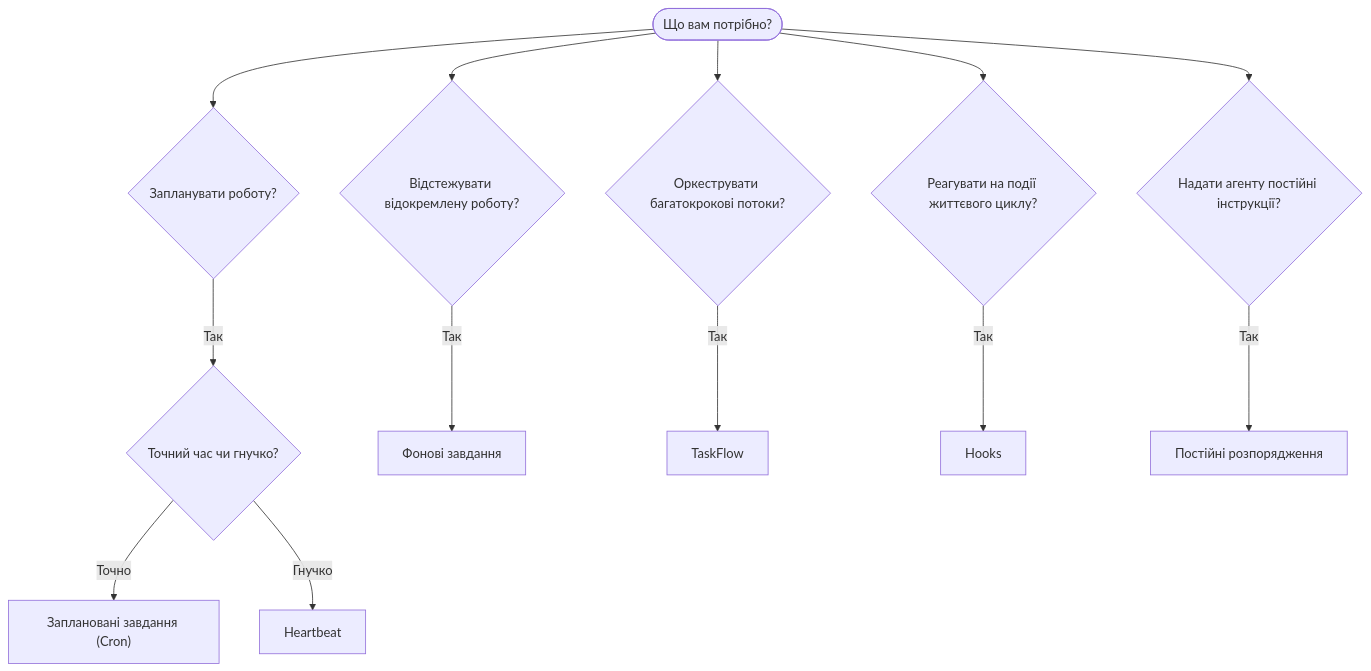
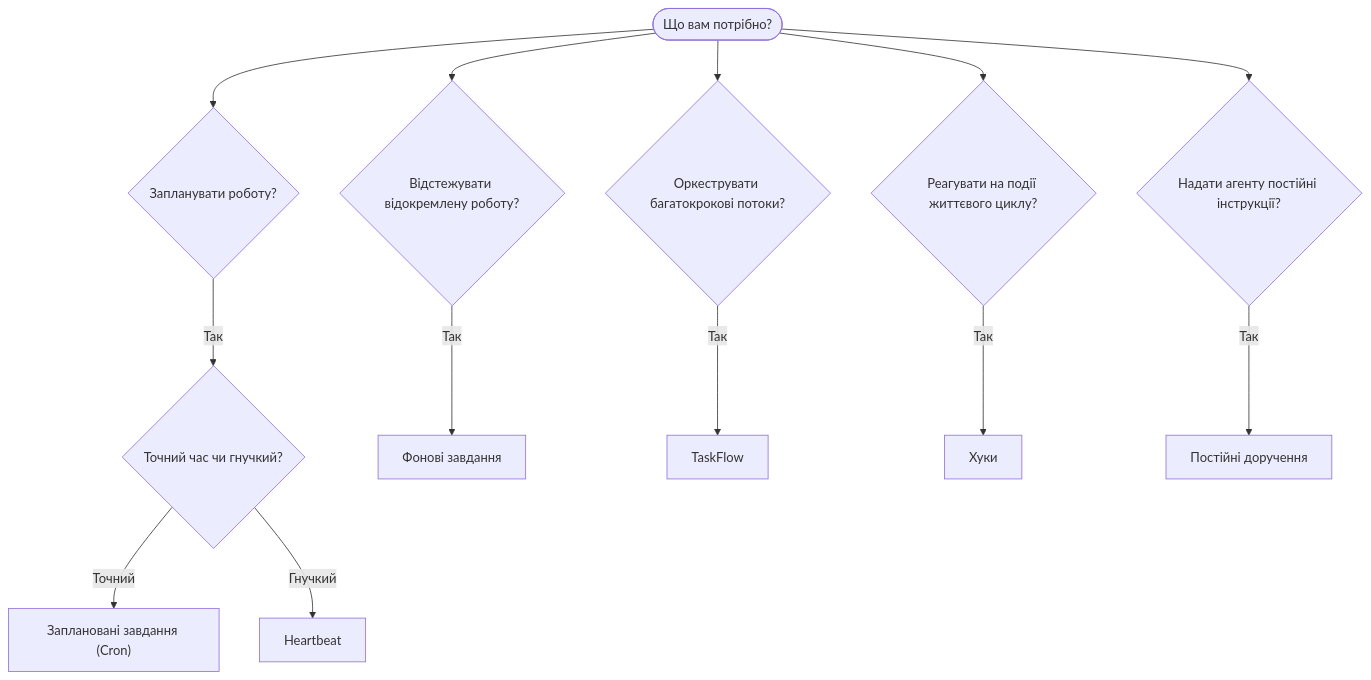
Before and after one commit to openclaw/docs: the diagram in docs/uk/automation/index.md, drawn with Mermaid. The commit also changed other lines of this file and 11 other files, not shown here.

````diff
--- a/docs/uk/automation/index.md
+++ b/docs/uk/automation/index.md
@@ -21,17 +21,17 @@
 ```mermaid
 flowchart TD
     START([Що вам потрібно?]) --> Q1{Запланувати роботу?}
     START --> Q2{Відстежувати відокремлену роботу?}
     START --> Q3{Оркеструвати багатокрокові потоки?}
     START --> Q4{Реагувати на події життєвого циклу?}
     START --> Q5{Надати агенту постійні інструкції?}
 
-    Q1 -->|Так| Q1a{Точний час чи гнучко?}
-    Q1a -->|Точно| CRON["Заплановані завдання (Cron)"]
-    Q1a -->|Гнучко| HEARTBEAT[Heartbeat]
+    Q1 -->|Так| Q1a{Точний час чи гнучкий?}
+    Q1a -->|Точний| CRON["Заплановані завдання (Cron)"]
+    Q1a -->|Гнучкий| HEARTBEAT[Heartbeat]
 
     Q2 -->|Так| TASKS[Фонові завдання]
     Q3 -->|Так| FLOW[TaskFlow]
-    Q4 -->|Так| HOOKS[Hooks]
-    Q5 -->|Так| SO[Постійні розпорядження]
+    Q4 -->|Так| HOOKS[Хуки]
+    Q5 -->|Так| SO[Постійні доручення]
 ```
````
